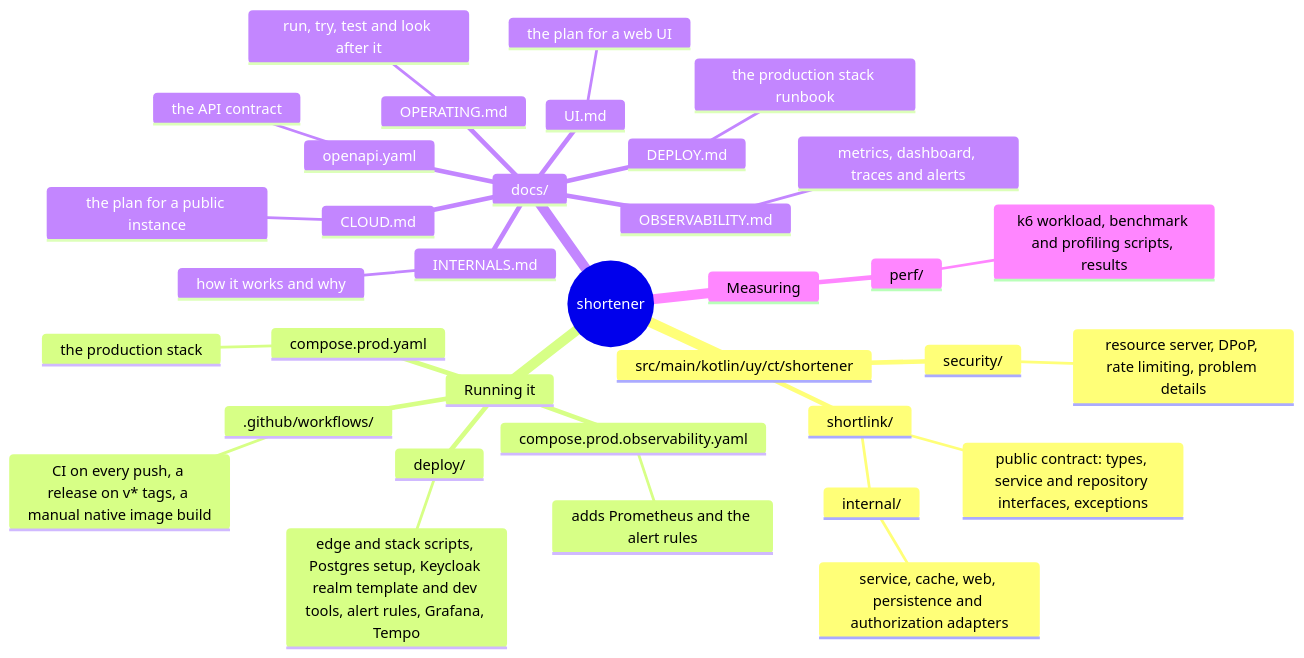
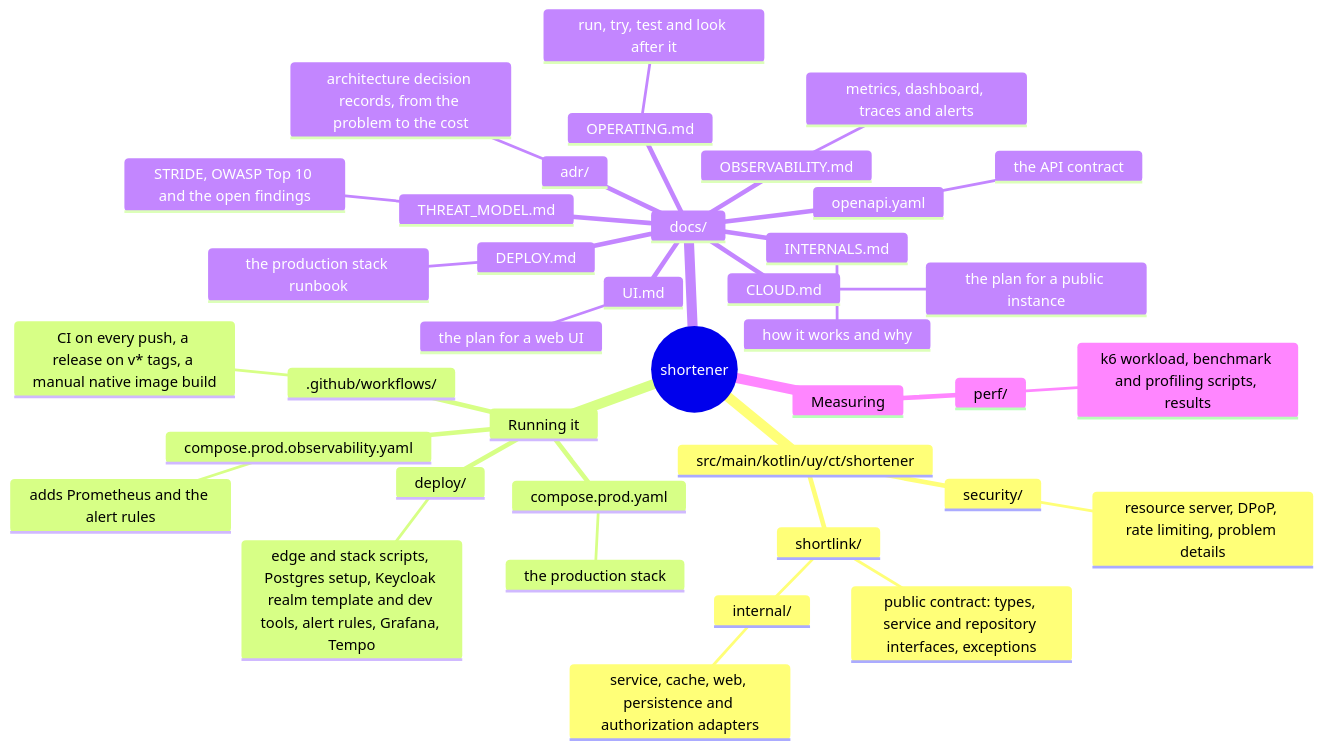
Before and after one commit to christ008/shortener: the diagram in README.md, drawn with Mermaid. The commit also changed other lines of this file and 28 other files, not shown here.

First line of the commit message:
Record the architecture decisions and the threat model

````diff
--- a/README.md
+++ b/README.md
@@ -134,38 +134,42 @@
 ```mermaid
 mindmap
   root((shortener))
     src/main/kotlin/uy/ct/shortener
       shortlink/
         public contract: types, service and repository interfaces, exceptions
         internal/
           service, cache, web, persistence and authorization adapters
       security/
         resource server, DPoP, rate limiting, problem details
     Running it
       compose.prod.yaml
         the production stack
       compose.prod.observability.yaml
         adds Prometheus and the alert rules
       deploy/
         edge and stack scripts, Postgres setup, Keycloak realm template and dev tools, alert rules, Grafana, Tempo
       .github/workflows/
         CI on every push, a release on v* tags, a manual native image build
     docs/
       OPERATING.md
         run, try, test and look after it
       INTERNALS.md
         how it works and why
+      adr/
+        architecture decision records, from the problem to the cost
+      THREAT_MODEL.md
+        STRIDE, OWASP Top 10 and the open findings
       DEPLOY.md
         the production stack runbook
       CLOUD.md
         the plan for a public instance
       OBSERVABILITY.md
         metrics, dashboard, traces and alerts
       openapi.yaml
         the API contract
       UI.md
         the plan for a web UI
     Measuring
       perf/
         k6 workload, benchmark and profiling scripts, results
 ```
````
